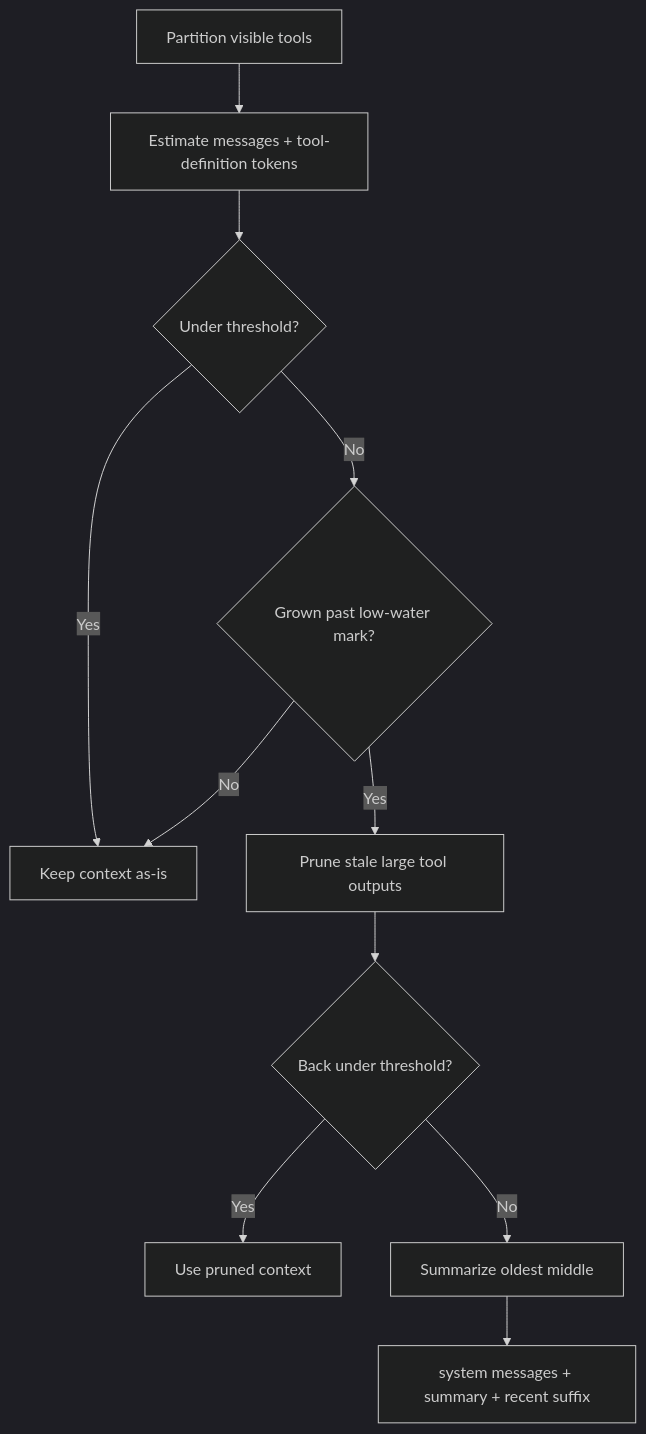
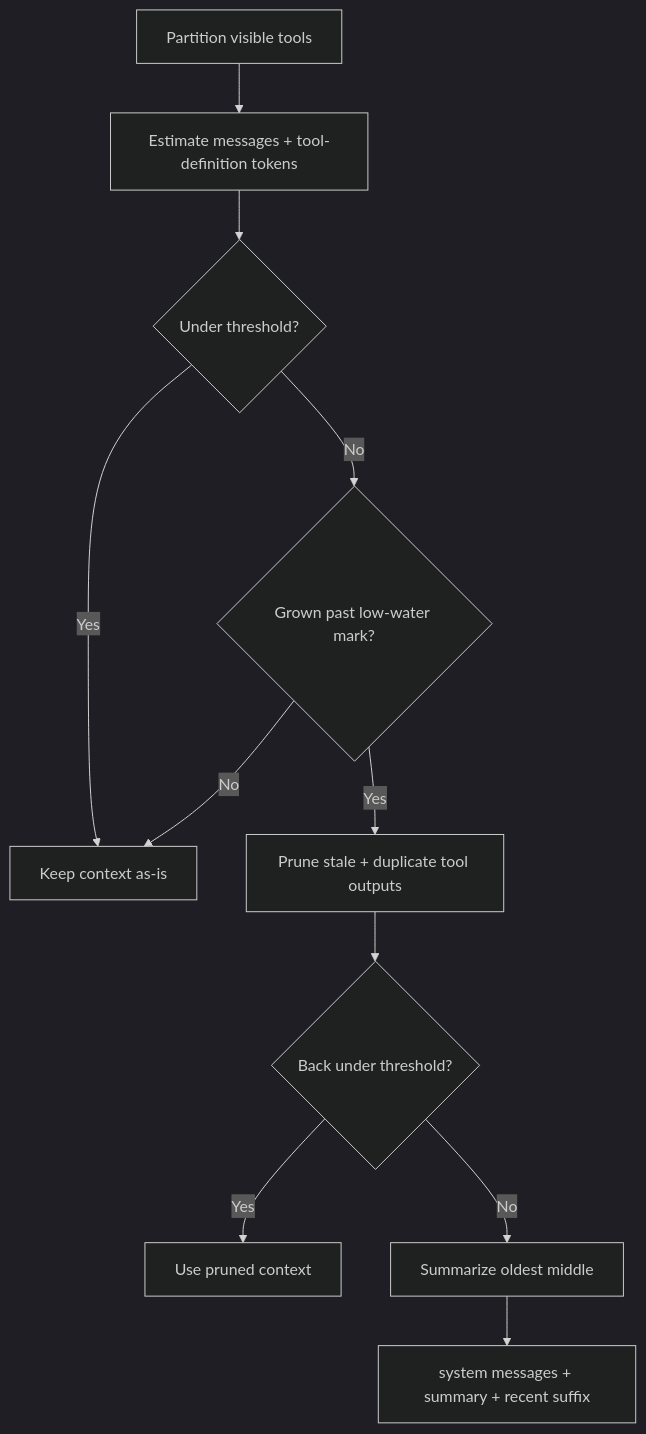
One commit to dishant0406/KajiCode changed the eighth of 16 diagrams in docs/HOW_KAJICODE_WORKS.md. Above: the diagram before and after it, drawn with Mermaid (dark theme). The commit also changed other lines of this file and 8 other files, not shown here.

````diff
--- a/docs/HOW_KAJICODE_WORKS.md
+++ b/docs/HOW_KAJICODE_WORKS.md
@@ -433,13 +433,13 @@
 ```mermaid
 flowchart TD
     Tools[Partition visible tools] --> Estimate[Estimate messages + tool-definition tokens]
     Estimate --> Under{Under threshold?}
     Under -- Yes --> Keep[Keep context as-is]
     Under -- No --> Grown{Grown past low-water mark?}
     Grown -- No --> Keep
-    Grown -- Yes --> Prune[Prune stale large tool outputs]
+    Grown -- Yes --> Prune[Prune stale + duplicate tool outputs]
     Prune --> Recheck{Back under threshold?}
     Recheck -- Yes --> KeepPruned[Use pruned context]
     Recheck -- No --> Summarize[Summarize oldest middle]
     Summarize --> Replace[system messages + summary + recent suffix]
 ```
````
